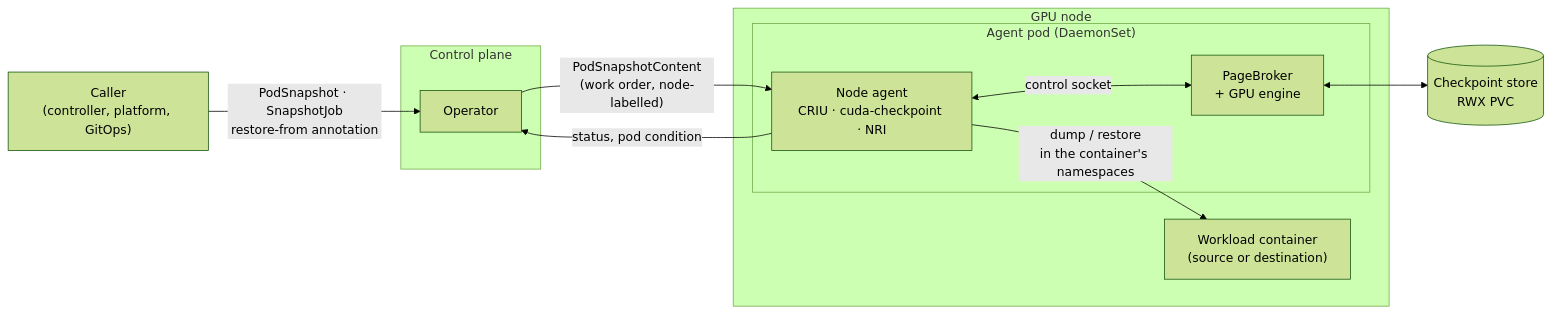
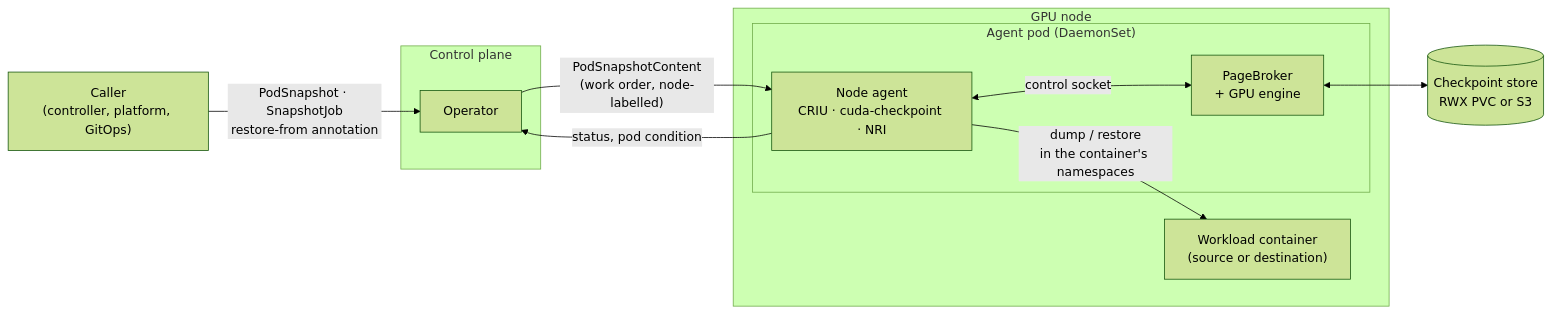
Before and after one commit to ai-dynamo/snapshot: the first of 3 diagrams in docs/reference/architecture/README.md, drawn with Mermaid (forest theme). The commit also changed other lines of this file and 3 other files, not shown here.

````diff
--- a/docs/reference/architecture/README.md
+++ b/docs/reference/architecture/README.md
@@ -33,22 +33,22 @@
 ```mermaid
 flowchart LR
   caller["Caller<br/>(controller, platform, GitOps)"]
   subgraph cp["Control plane"]
     op["Operator"]
   end
   subgraph node["GPU node"]
     subgraph agentpod["Agent pod (DaemonSet)"]
       agent["Node agent<br/>CRIU · cuda-checkpoint · NRI"]
       pb["PageBroker<br/>+ GPU engine"]
     end
     wl["Workload container<br/>(source or destination)"]
   end
-  store[("Checkpoint store<br/>RWX PVC")]
+  store[("Checkpoint store<br/>RWX PVC or S3")]
 
   caller -->|"PodSnapshot · SnapshotJob<br/>restore-from annotation"| op
   op -->|"PodSnapshotContent<br/>(work order, node-labelled)"| agent
   agent -->|"dump / restore<br/>in the container's namespaces"| wl
   agent <-->|"control socket"| pb
   pb <--> store
   agent -->|"status, pod condition"| op
 ```
````
